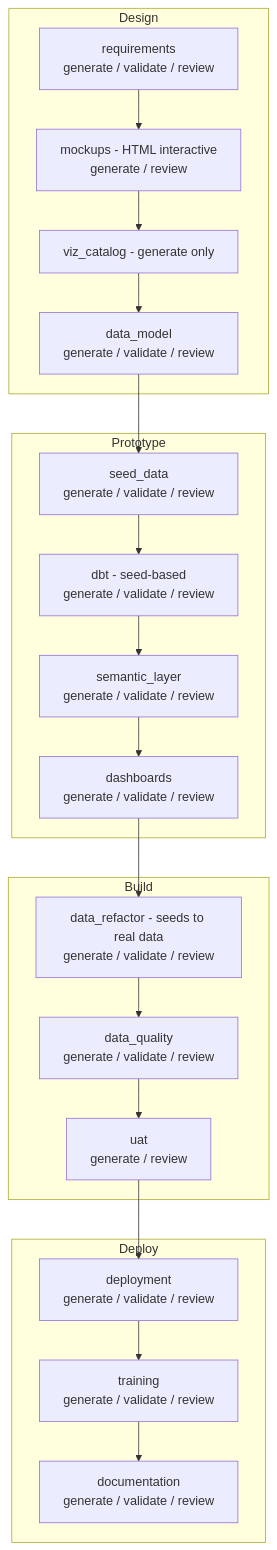
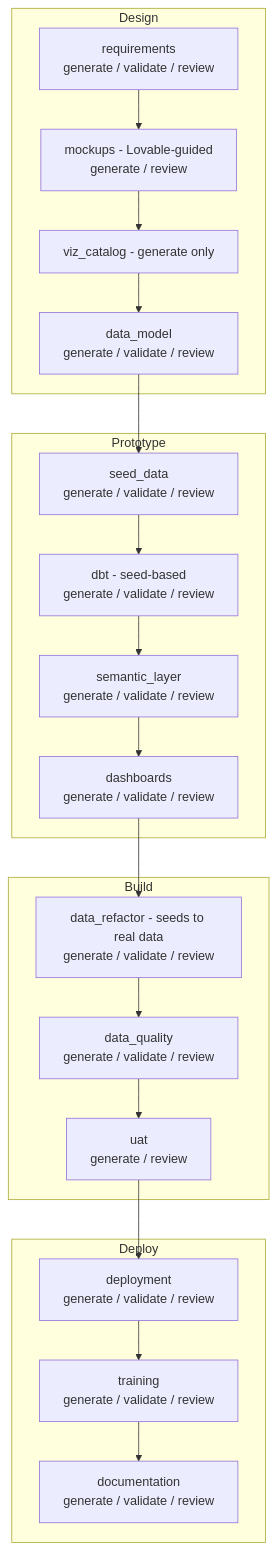
Before and after one commit to rittmananalytics/wire-plugin: the tenth of 15 diagrams in docs/consultant_handbook.md, drawn with Mermaid. The commit also changed other lines of this file and 121 other files, not shown here.

````diff
--- a/docs/consultant_handbook.md
+++ b/docs/consultant_handbook.md
@@ -1250,29 +1253,29 @@
 ```mermaid
 flowchart TB
     subgraph s1["Design"]
         REQ["requirements<br/>generate / validate / review"]
-        MK["mockups - HTML interactive<br/>generate / review"]
+        MK["mockups - Lovable-guided<br/>generate / review"]
         VIZ["viz_catalog - generate only"]
         DM["data_model<br/>generate / validate / review"]
     end
     subgraph s2["Prototype"]
         SD["seed_data<br/>generate / validate / review"]
         DBT["dbt - seed-based<br/>generate / validate / review"]
         SL["semantic_layer<br/>generate / validate / review"]
         DASH["dashboards<br/>generate / validate / review"]
     end
     subgraph s3["Build"]
         DR["data_refactor - seeds to real data<br/>generate / validate / review"]
         DQ["data_quality<br/>generate / validate / review"]
         UAT["uat<br/>generate / review"]
     end
     subgraph s4["Deploy"]
         DEP["deployment<br/>generate / validate / review"]
         TR["training<br/>generate / validate / review"]
         DOC["documentation<br/>generate / validate / review"]
     end
     REQ --> MK --> VIZ --> DM
     DM --> SD --> DBT --> SL --> DASH
     DASH --> DR --> DQ --> UAT
     UAT --> DEP --> TR --> DOC
 ```
````
